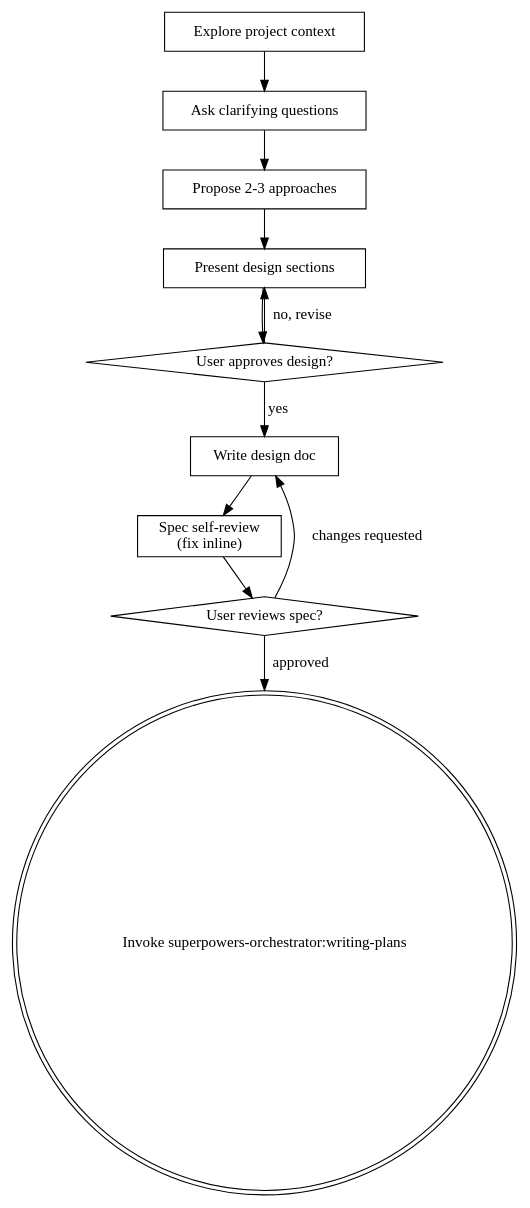
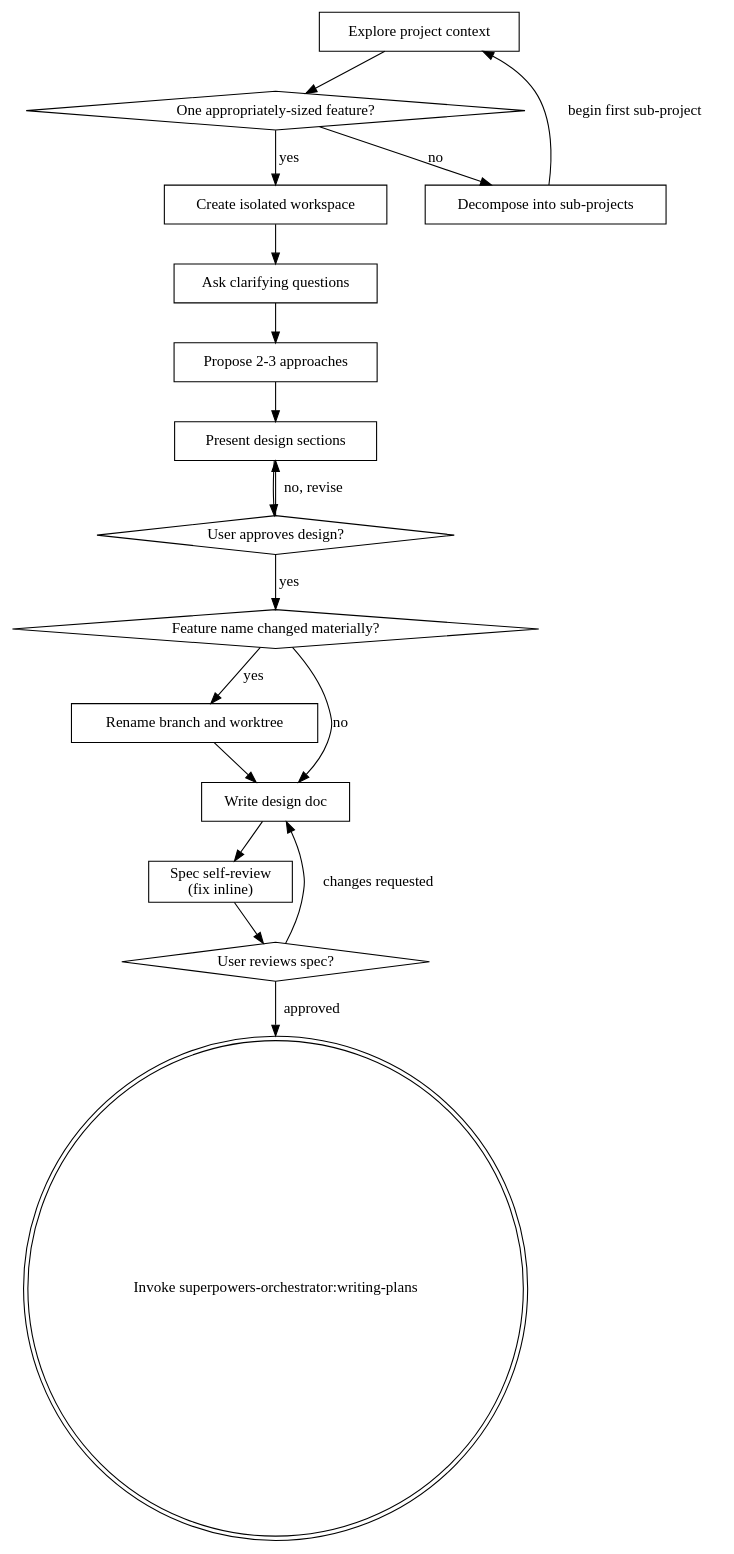
The diagram in skills/brainstorming/SKILL.md (extensions-factory/orchestrator), drawn with Graphviz before and after one commit. The commit also changed other lines of this file, not shown here.

First line of the commit message:
feat: create worktree during brainstorming

````diff
--- a/skills/brainstorming/SKILL.md
+++ b/skills/brainstorming/SKILL.md
@@ -42,24 +47,36 @@
 ```dot
 digraph brainstorming {
     "Explore project context" [shape=box];
+    "One appropriately-sized feature?" [shape=diamond];
+    "Decompose into sub-projects" [shape=box];
+    "Create isolated workspace" [shape=box];
     "Ask clarifying questions" [shape=box];
     "Propose 2-3 approaches" [shape=box];
     "Present design sections" [shape=box];
     "User approves design?" [shape=diamond];
+    "Feature name changed materially?" [shape=diamond];
+    "Rename branch and worktree" [shape=box];
     "Write design doc" [shape=box];
     "Spec self-review\n(fix inline)" [shape=box];
     "User reviews spec?" [shape=diamond];
     "Invoke superpowers-orchestrator:writing-plans" [shape=doublecircle];
 
-    "Explore project context" -> "Ask clarifying questions";
+    "Explore project context" -> "One appropriately-sized feature?";
+    "One appropriately-sized feature?" -> "Create isolated workspace" [label="yes"];
+    "One appropriately-sized feature?" -> "Decompose into sub-projects" [label="no"];
+    "Decompose into sub-projects" -> "Explore project context" [label="begin first sub-project"];
+    "Create isolated workspace" -> "Ask clarifying questions";
     "Ask clarifying questions" -> "Propose 2-3 approaches";
     "Propose 2-3 approaches" -> "Present design sections";
     "Present design sections" -> "User approves design?";
     "User approves design?" -> "Present design sections" [label="no, revise"];
-    "User approves design?" -> "Write design doc" [label="yes"];
+    "User approves design?" -> "Feature name changed materially?" [label="yes"];
+    "Feature name changed materially?" -> "Rename branch and worktree" [label="yes"];
+    "Feature name changed materially?" -> "Write design doc" [label="no"];
+    "Rename branch and worktree" -> "Write design doc";
     "Write design doc" -> "Spec self-review\n(fix inline)";
     "Spec self-review\n(fix inline)" -> "User reviews spec?";
     "User reviews spec?" -> "Write design doc" [label="changes requested"];
     "User reviews spec?" -> "Invoke superpowers-orchestrator:writing-plans" [label="approved"];
 }
 ```
````
